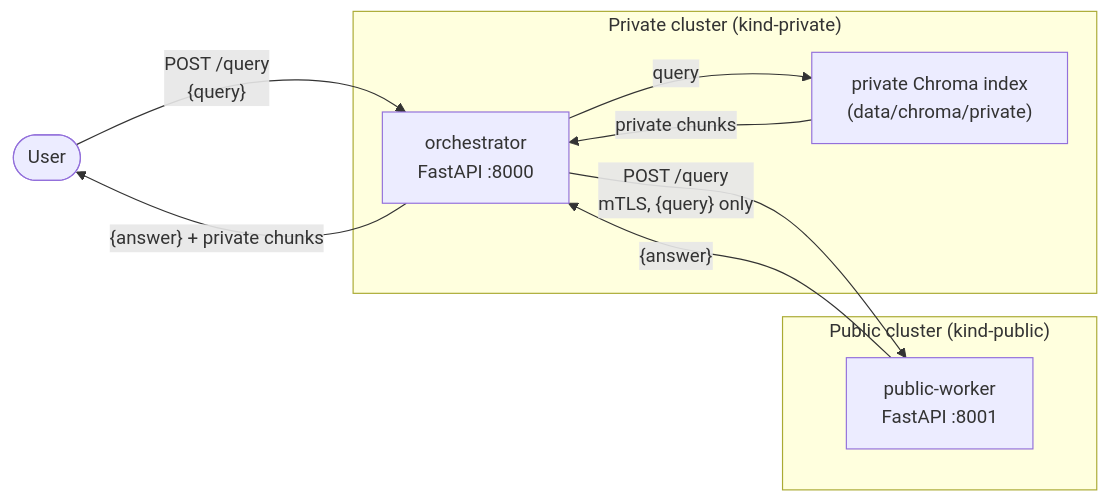
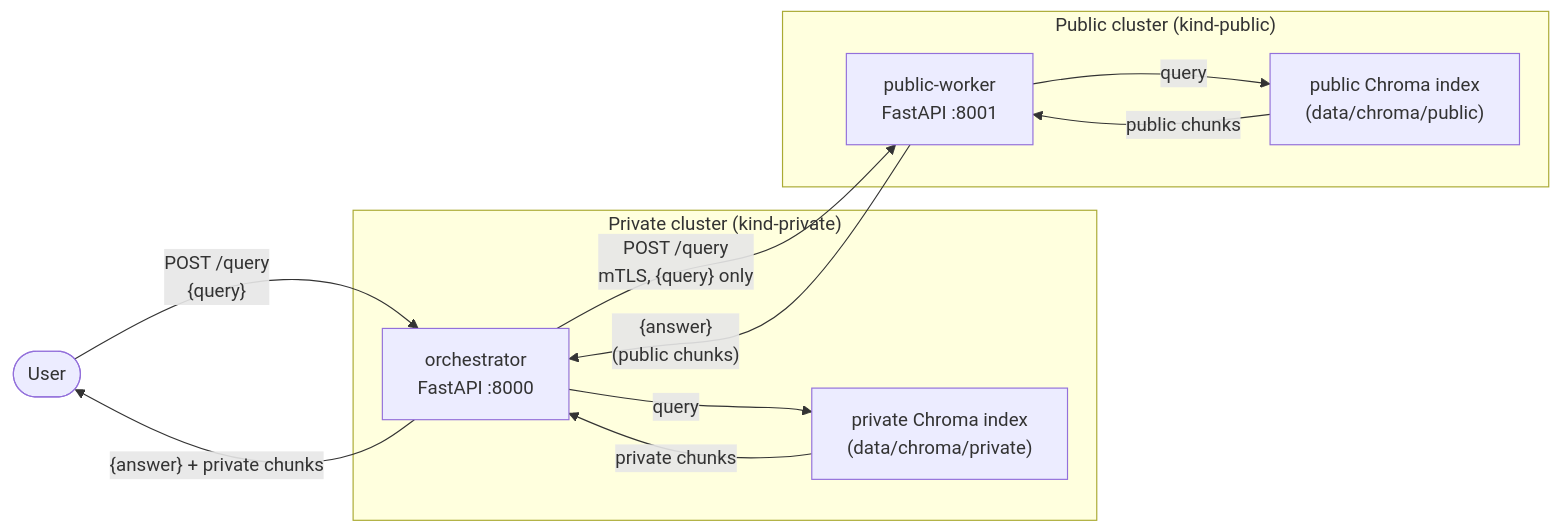
Before and after one commit to Jibril-Frej/hybrid_cloud_agents: the diagram in README.md, drawn with Mermaid. The commit also changed other lines of this file and 2 other files, not shown here.

First line of the commit message:
docs: update README, specs index, and CLAUDE.md for V4

````diff
--- a/README.md
+++ b/README.md
@@ -30,20 +33,23 @@
 ```mermaid
 flowchart LR
     User(["User"])
 
     subgraph Private["Private cluster (kind-private)"]
         Orchestrator["orchestrator\nFastAPI :8000"]
-        Chroma["private Chroma index\n(data/chroma/private)"]
-        Orchestrator -->|"query"| Chroma
-        Chroma -->|"private chunks"| Orchestrator
+        PrivateChroma["private Chroma index\n(data/chroma/private)"]
+        Orchestrator -->|"query"| PrivateChroma
+        PrivateChroma -->|"private chunks"| Orchestrator
     end
 
     subgraph Public["Public cluster (kind-public)"]
         PublicWorker["public-worker\nFastAPI :8001"]
+        PublicChroma["public Chroma index\n(data/chroma/public)"]
+        PublicWorker -->|"query"| PublicChroma
+        PublicChroma -->|"public chunks"| PublicWorker
     end
 
     User -->|"POST /query\n{query}"| Orchestrator
     Orchestrator -->|"POST /query\nmTLS, {query} only"| PublicWorker
-    PublicWorker -->|"{answer}"| Orchestrator
+    PublicWorker -->|"{answer}\n(public chunks)"| Orchestrator
     Orchestrator -->|"{answer} + private chunks"| User
 ```
````
